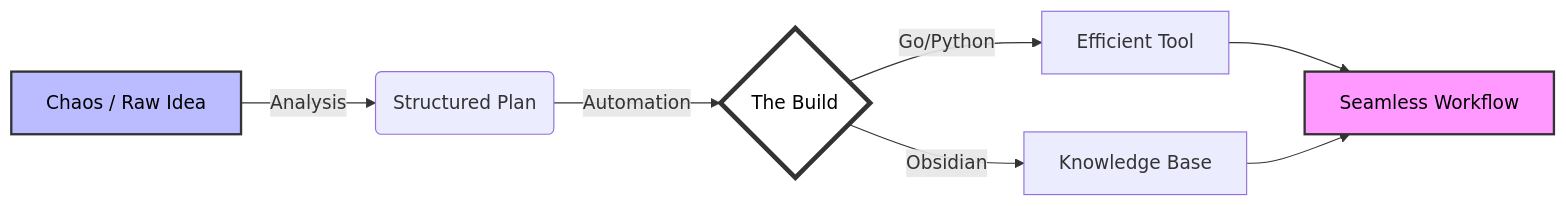
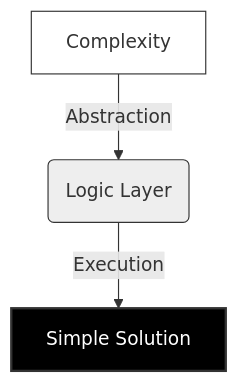
One commit to Arramass/arramass changed the diagram in README.md. Above: the diagram before and after it, drawn with Mermaid. The commit also changed other lines of this file, not shown here.

````diff
--- a/README.md
+++ b/README.md
@@ -32,12 +11,8 @@
 ```mermaid
-graph LR
-    A[Chaos / Raw Idea] -->|Analysis| B(Structured Plan)
-    B -->|Automation| C{The Build}
-    C -->|Go/Python| D[Efficient Tool]
-    C -->|Obsidian| E[Knowledge Base]
-    D --> F[Seamless Workflow]
-    E --> F
-    style A fill:#bbf,stroke:#333,stroke-width:2px,color:#000
-    style F fill:#f9f,stroke:#333,stroke-width:2px,color:#000
-    style C fill:#fff,stroke:#333,stroke-width:4px,color:#000
+graph TD
+    A[Complexity] -->|Abstraction| B(Logic Layer)
+    B -->|Execution| C[Simple Solution]
+    style A fill:#fff,stroke:#333,stroke-width:1px
+    style B fill:#eee,stroke:#333,stroke-width:1px
+    style C fill:#000,stroke:#333,stroke-width:2px,color:#fff
 ```
````
